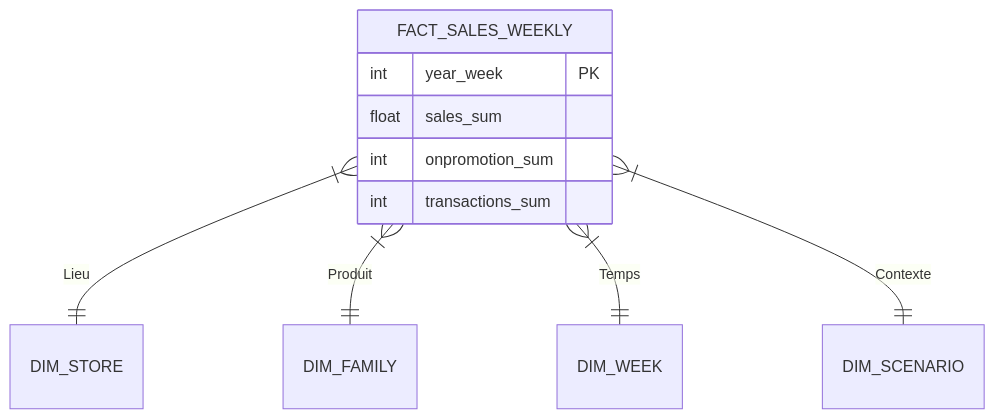
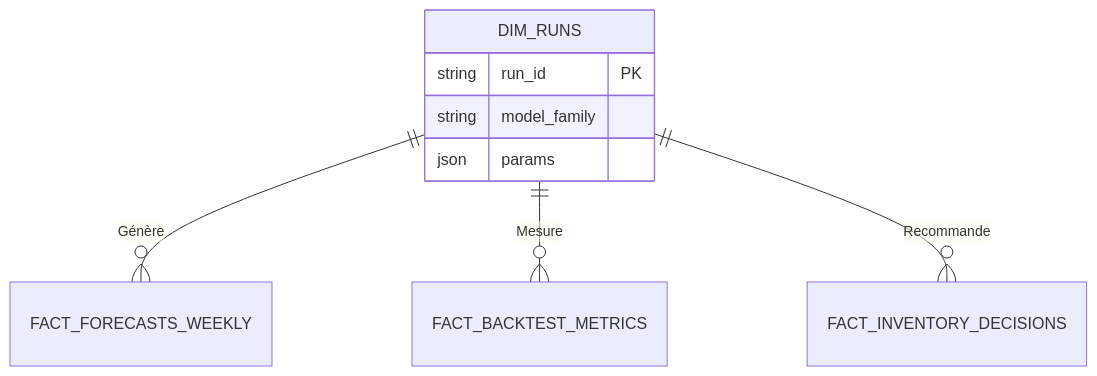
One commit to BeediGoua/retail-demand-forecasting-assistant changed the second of 2 diagrams in README.md. Above: the diagram before and after it, drawn with Mermaid. The commit also changed other lines of this file and 19 other files, not shown here.

````diff
--- a/README.md
+++ b/README.md
@@ -53,14 +57,12 @@
 ```mermaid
 erDiagram
-    FACT_SALES_WEEKLY }|--|| DIM_STORE : "Lieu"
-    FACT_SALES_WEEKLY }|--|| DIM_FAMILY : "Produit"
-    FACT_SALES_WEEKLY }|--|| DIM_WEEK : "Temps"
-    FACT_SALES_WEEKLY }|--|| DIM_SCENARIO : "Contexte"
+    DIM_RUNS ||--o{ FACT_FORECASTS_WEEKLY : "Génère"
+    DIM_RUNS ||--o{ FACT_BACKTEST_METRICS : "Mesure"
+    DIM_RUNS ||--o{ FACT_INVENTORY_DECISIONS : "Recommande"
 
-    FACT_SALES_WEEKLY {
-        int year_week PK
-        float sales_sum
-        int onpromotion_sum
-        int transactions_sum
+    DIM_RUNS {
+        string run_id PK
+        string model_family
+        json params
     }
 ```
````
